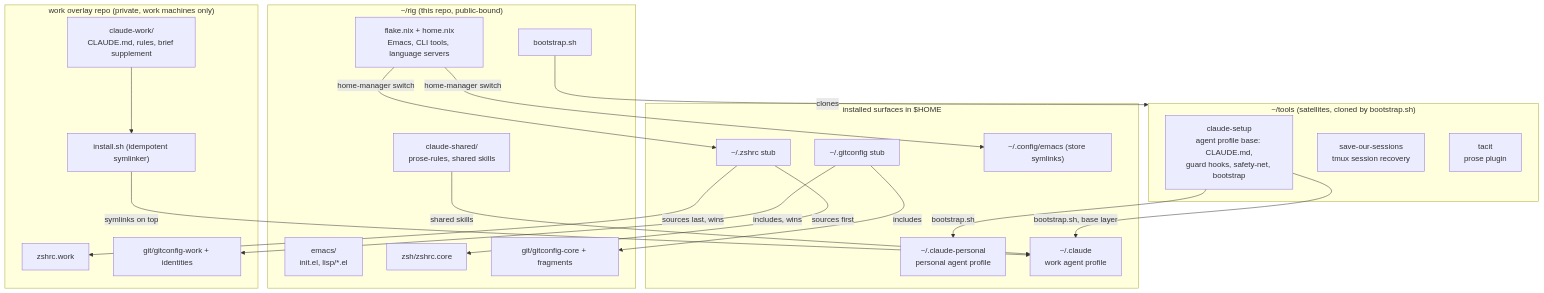
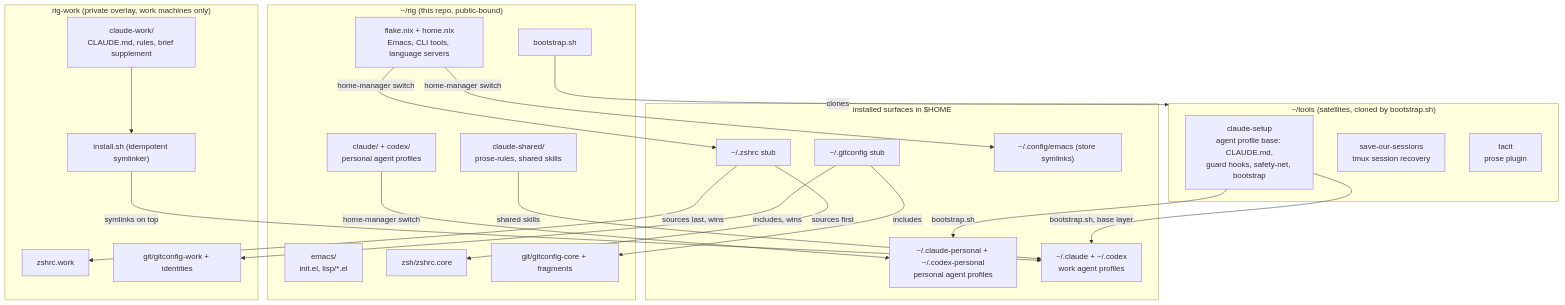
Before and after one commit to dabd/dotfiles: the diagram in docs/ARCHITECTURE.md, drawn with Mermaid. The commit also changed other lines of this file, not shown here.

Commit message:
docs: refresh architecture diagram for rig and rig-work names

````diff
--- a/docs/ARCHITECTURE.md
+++ b/docs/ARCHITECTURE.md
@@ -8,45 +8,47 @@
 ```mermaid
 flowchart TB
     subgraph core["~/rig (this repo, public-bound)"]
         flake["flake.nix + home.nix<br/>Emacs, CLI tools, language servers"]
         emacs["emacs/<br/>init.el, lisp/*.el"]
         zshcore["zsh/zshrc.core"]
         gitcore["git/gitconfig-core + fragments"]
         claudeshared["claude-shared/<br/>prose-rules, shared skills"]
+        codexdir["claude/ + codex/<br/>personal agent profiles"]
         bootstrap["bootstrap.sh"]
     end
 
     subgraph tools["~/tools (satellites, cloned by bootstrap.sh)"]
         csetup["claude-setup<br/>agent profile base: CLAUDE.md,<br/>guard hooks, safety-net, bootstrap"]
         sos["save-our-sessions<br/>tmux session recovery"]
         tacit["tacit<br/>prose plugin"]
     end
 
-    subgraph overlay["work overlay repo (private, work machines only)"]
+    subgraph overlay["rig-work (private overlay, work machines only)"]
         zshwork["zshrc.work"]
         gitwork["git/gitconfig-work + identities"]
         claudework["claude-work/<br/>CLAUDE.md, rules, brief supplement"]
         installsh["install.sh (idempotent symlinker)"]
     end
 
     subgraph home["installed surfaces in $HOME"]
         zshrc["~/.zshrc stub"]
         gitconfig["~/.gitconfig stub"]
         cfgemacs["~/.config/emacs (store symlinks)"]
-        personalprofile["~/.claude-personal<br/>personal agent profile"]
-        workprofile["~/.claude<br/>work agent profile"]
+        personalprofile["~/.claude-personal + ~/.codex-personal<br/>personal agent profiles"]
+        workprofile["~/.claude + ~/.codex<br/>work agent profiles"]
     end
 
     bootstrap -->|clones| tools
     flake -->|home-manager switch| cfgemacs
     flake -->|home-manager switch| zshrc
     zshrc -->|sources first| zshcore
     zshrc -->|sources last, wins| zshwork
     gitconfig -->|includes| gitcore
     gitconfig -->|includes, wins| gitwork
+    codexdir -->|home-manager switch| personalprofile
     csetup -->|bootstrap.sh| personalprofile
     csetup -->|bootstrap.sh, base layer| workprofile
     installsh -->|symlinks on top| workprofile
     claudework --> installsh
     claudeshared -->|shared skills| workprofile
 ```
````
